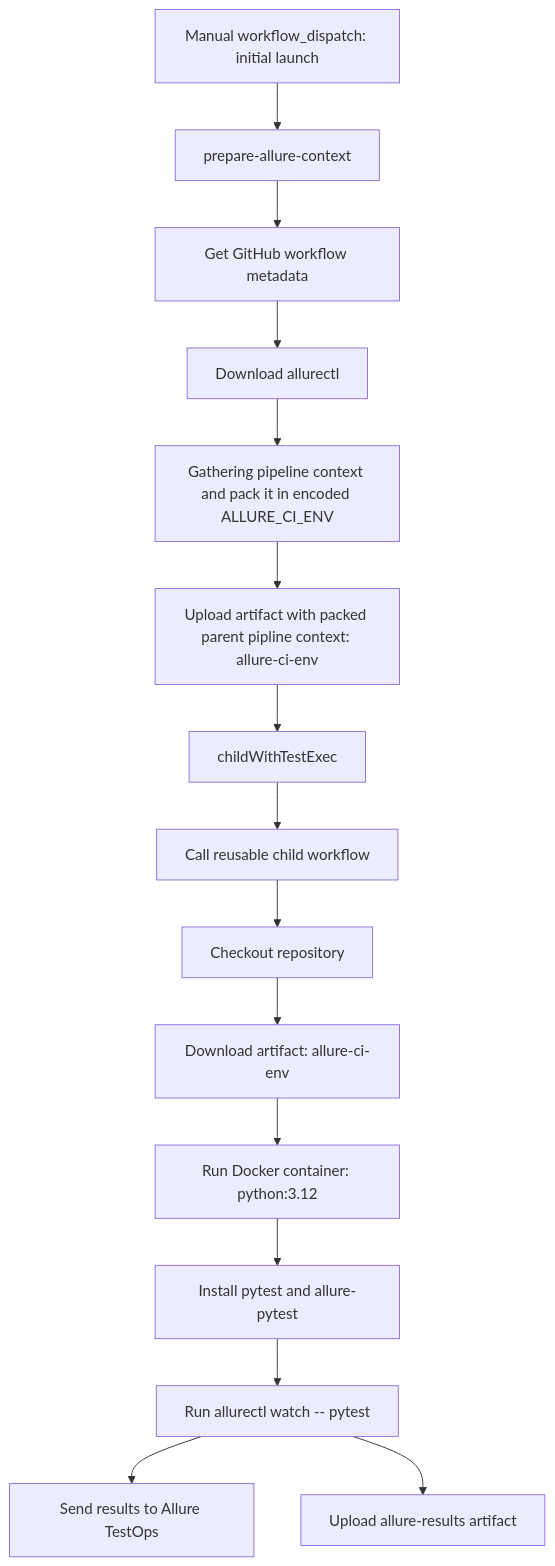
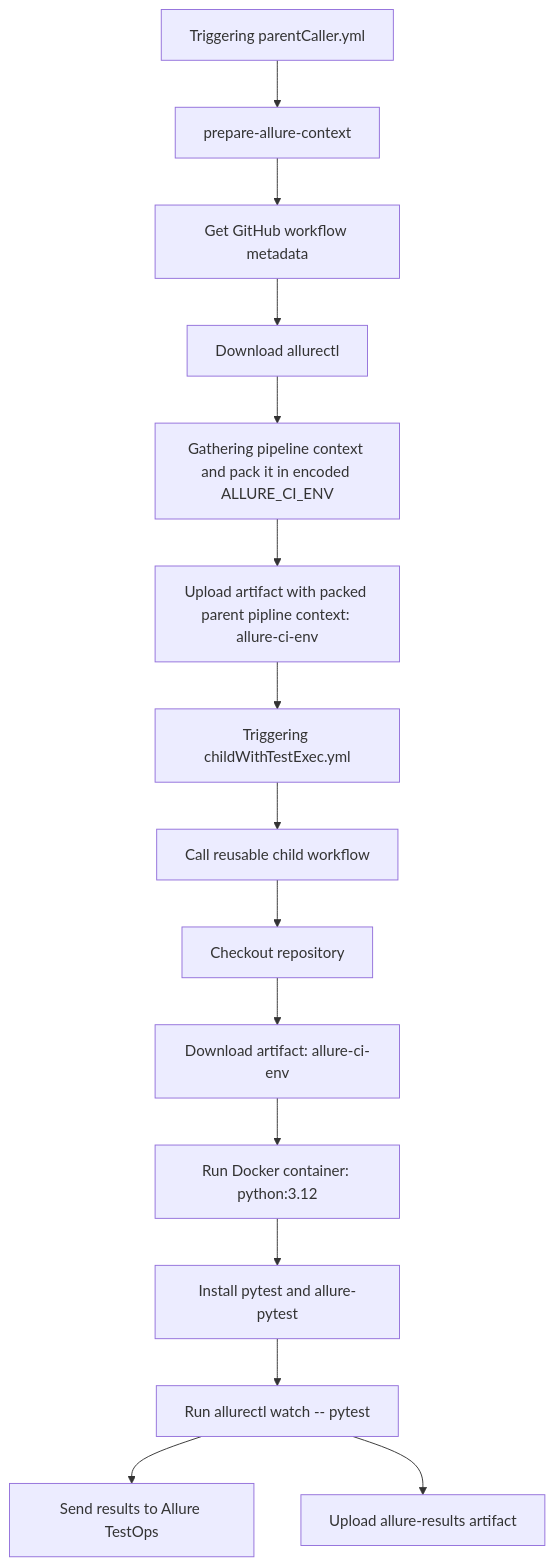
The diagram in README.md (EugeneBatenev/parent-child-pipeline-example), drawn with Mermaid before and after one commit.

Commit message:
Update workflow trigger descriptions in README

````diff
--- a/README.md
+++ b/README.md
@@ -7,17 +7,17 @@
 ```mermaid
 flowchart TD
-    A["Manual workflow_dispatch: initial launch"] --> B["prepare-allure-context"]
+    A["Triggering parentCaller.yml"] --> B["prepare-allure-context"]
     B --> C["Get GitHub workflow metadata"]
     C --> D["Download allurectl"]
     D --> E["Gathering pipeline context and pack it in encoded ALLURE_CI_ENV"]
     E --> F["Upload artifact with packed parent pipline context: allure-ci-env"]
-    F --> G["childWithTestExec"]
+    F --> G["Triggering childWithTestExec.yml"]
     G --> H["Call reusable child workflow"]
     H --> I["Checkout repository"]
     I --> J["Download artifact: allure-ci-env"]
     J --> K["Run Docker container: python:3.12"]
     K --> L["Install pytest and allure-pytest"]
     L --> M["Run allurectl watch -- pytest"]
     M --> N["Send results to Allure TestOps"]
     M --> O["Upload allure-results artifact"]
 ```
````
